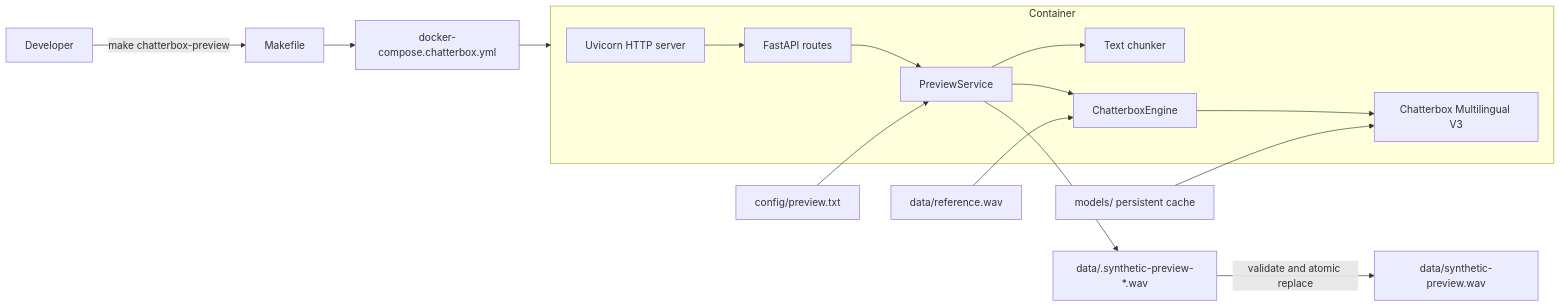
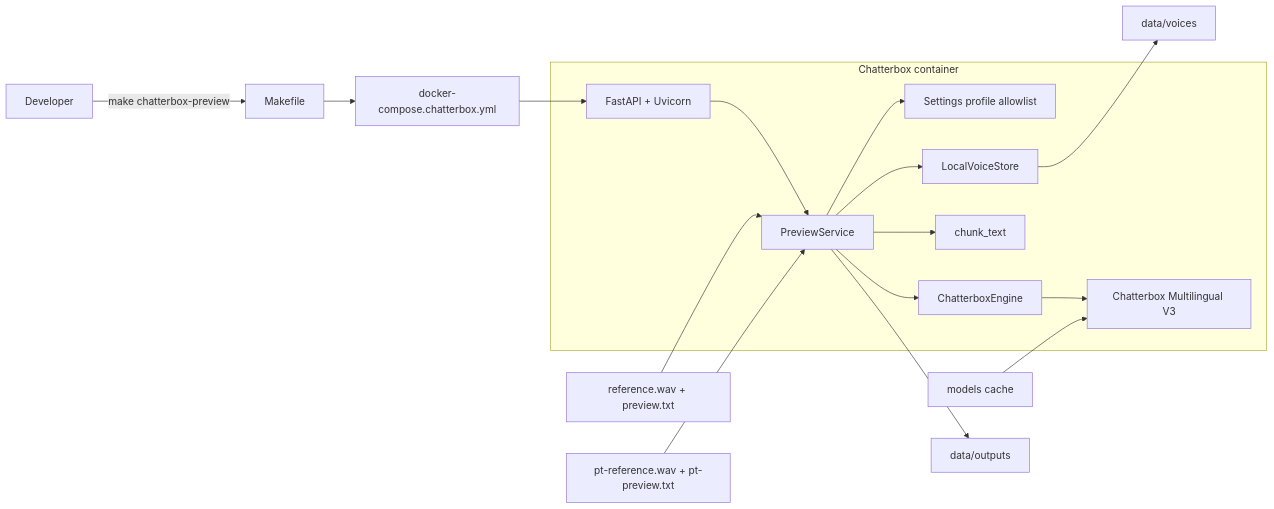
Before and after one commit to FabioRNobrega/book-notes-ia: the first of 3 diagrams in services/ChatterboxTtsService/README.md, drawn with Mermaid. The commit also changed other lines of this file and 25 other files, not shown here.

Commit message:
feat(voice-cloning): enhance Chatterbox TTS service with multilingual support and improved readiness checks

````diff
--- a/services/ChatterboxTtsService/README.md
+++ b/services/ChatterboxTtsService/README.md
@@ -54,27 +43,21 @@
 ```mermaid
 flowchart LR
     Developer[Developer] -->|make chatterbox-preview| Make[Makefile]
     Make --> Compose[docker-compose.chatterbox.yml]
-    Compose --> Container[Python 3.11 container]
+    Compose --> API[FastAPI + Uvicorn]
 
-    subgraph Container
-        Uvicorn[Uvicorn HTTP server]
-        API[FastAPI routes]
-        Preview[PreviewService]
-        Chunker[Text chunker]
-        Engine[ChatterboxEngine]
-        Model[Chatterbox Multilingual V3]
-
-        Uvicorn --> API
-        API --> Preview
-        Preview --> Chunker
-        Preview --> Engine
-        Engine --> Model
+    subgraph Chatterbox container
+        API --> Preview[PreviewService]
+        Preview --> Profiles[Settings profile allowlist]
+        Preview --> Store[LocalVoiceStore]
+        Preview --> Chunker[chunk_text]
+        Preview --> Engine[ChatterboxEngine]
+        Engine --> Model[Chatterbox Multilingual V3]
     end
 
-    Config[config/preview.txt] --> Preview
-    Reference[data/reference.wav] --> Engine
-    Cache[models/ persistent cache] --> Model
-    Preview --> Temporary[data/.synthetic-preview-*.wav]
-    Temporary -->|validate and atomic replace| Output[data/synthetic-preview.wav]
+    English[reference.wav + preview.txt] --> Preview
+    Portuguese[pt-reference.wav + pt-preview.txt] --> Preview
+    Store --> Voices[data/voices]
+    Preview --> Outputs[data/outputs]
+    Cache[models cache] --> Model
 ```
````
